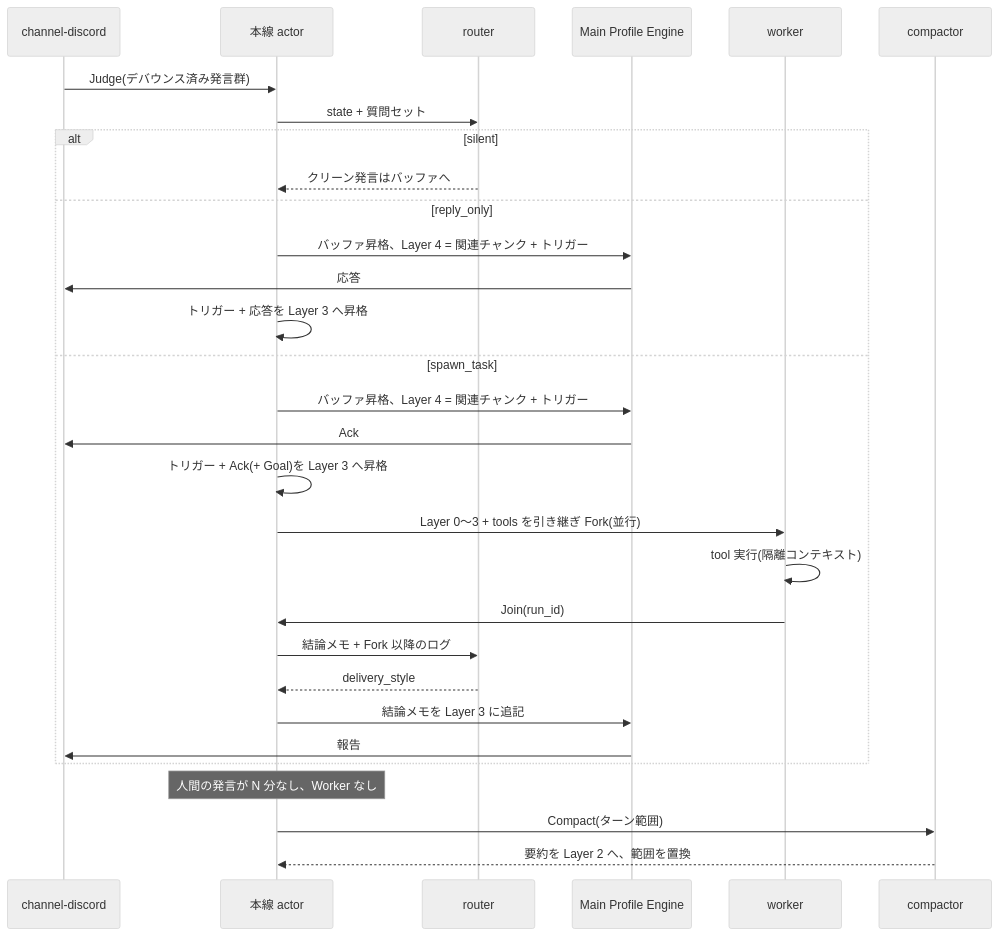
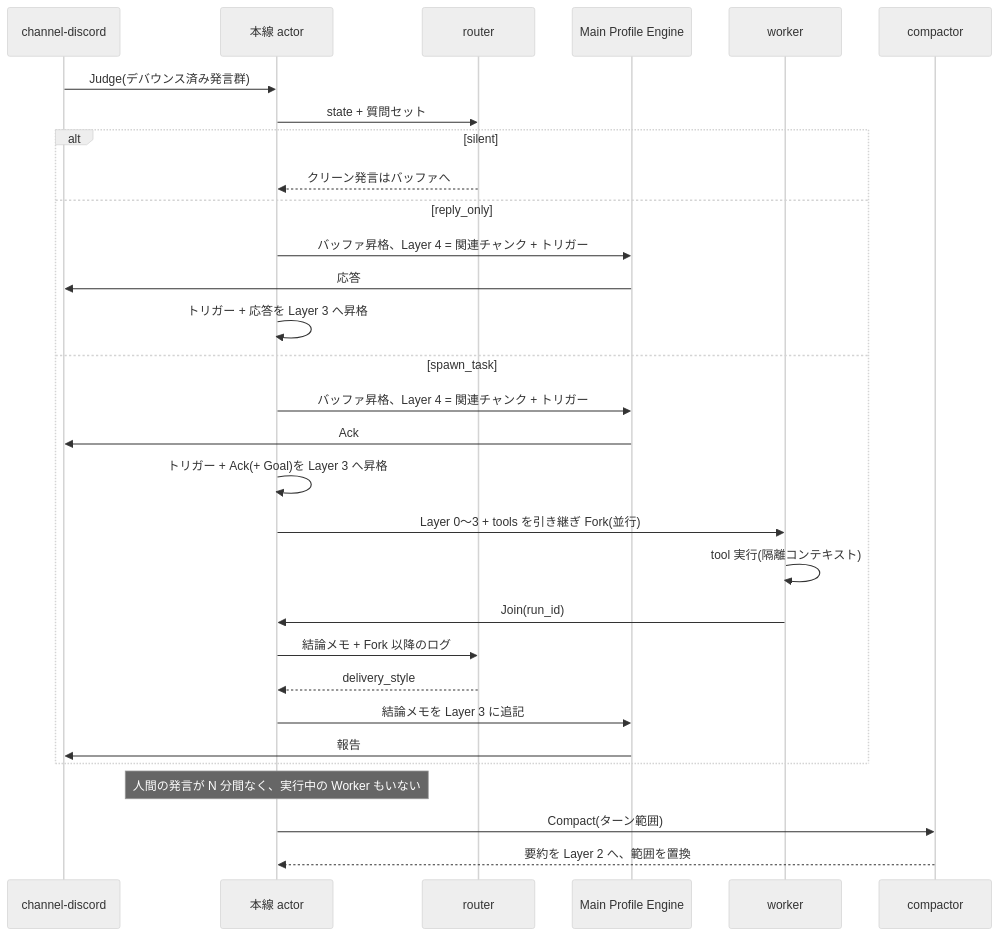
Before and after one commit to NotHumanServer/noth: the diagram in docs/context-layers.md, drawn with Mermaid (neutral theme). The commit also changed other lines of this file and 8 other files, not shown here.

````diff
--- a/docs/context-layers.md
+++ b/docs/context-layers.md
@@ -141,33 +140,33 @@
 ```mermaid
 sequenceDiagram
     participant D as channel-discord
     participant A as 本線 actor
     participant R as router
     participant M as Main Profile Engine
     participant W as worker
     participant C as compactor
 
     D->>A: Judge(デバウンス済み発言群)
     A->>R: state + 質問セット
     alt silent
         R-->>A: クリーン発言はバッファへ
     else reply_only
         A->>M: バッファ昇格、Layer 4 = 関連チャンク + トリガー
         M->>D: 応答
         A->>A: トリガー + 応答を Layer 3 へ昇格
     else spawn_task
         A->>M: バッファ昇格、Layer 4 = 関連チャンク + トリガー
         M->>D: Ack
         A->>A: トリガー + Ack(+ Goal)を Layer 3 へ昇格
         A->>W: Layer 0〜3 + tools を引き継ぎ Fork(並行)
         W->>W: tool 実行(隔離コンテキスト)
         W->>A: Join(run_id)
         A->>R: 結論メモ + Fork 以降のログ
         R-->>A: delivery_style
         A->>M: 結論メモを Layer 3 に追記
         M->>D: 報告
     end
-    Note over A: 人間の発言が N 分なし、Worker なし
+    Note over A: 人間の発言が N 分間なく、実行中の Worker もいない
     A->>C: Compact(ターン範囲)
     C-->>A: 要約を Layer 2 へ、範囲を置換
 ```
````
